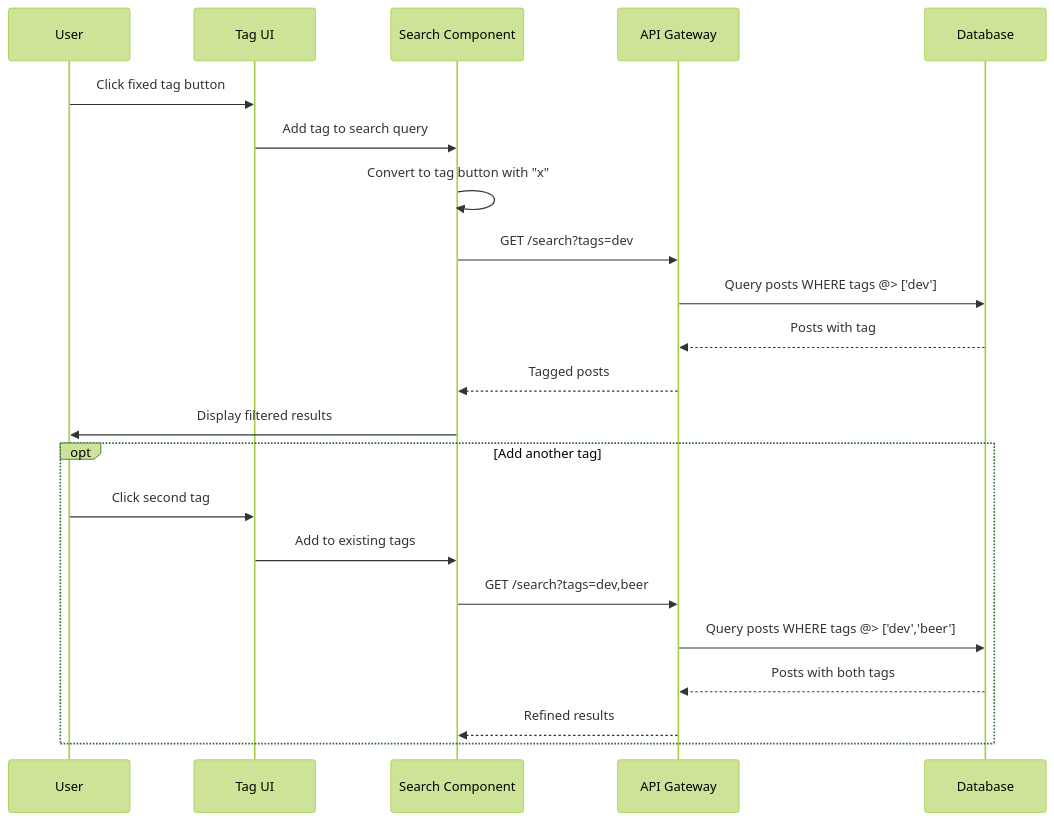
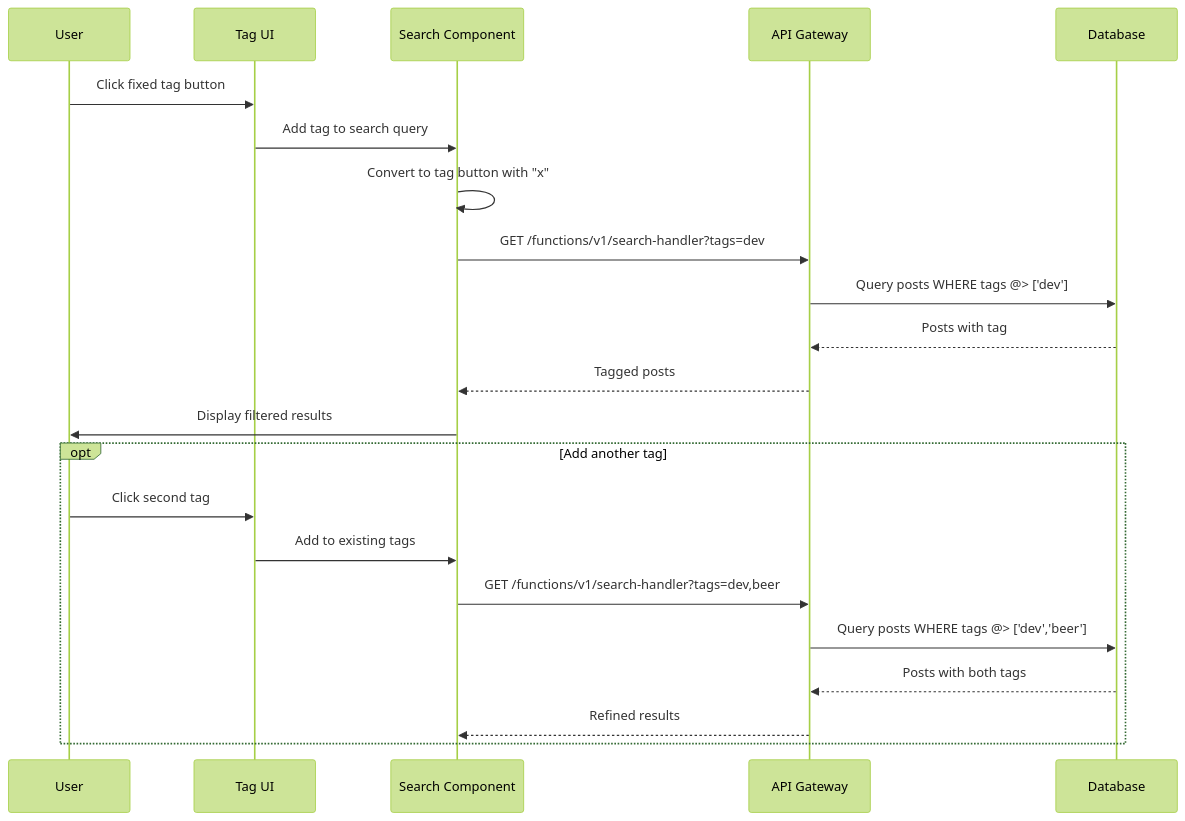
One commit to jkjan/nowhereland changed the second of 4 diagrams in prd/04-search-discovery.md. Above: the diagram before and after it, drawn with Mermaid (forest theme). The commit also changed other lines of this file and 18 other files, not shown here.

````diff
--- a/prd/04-search-discovery.md
+++ b/prd/04-search-discovery.md
@@ -137,27 +137,27 @@
 ```mermaid
 sequenceDiagram
     participant U as User
     participant UI as Tag UI
     participant SEARCH as Search Component
     participant API as API Gateway
     participant DB as Database
     
     U->>UI: Click fixed tag button
     UI->>SEARCH: Add tag to search query
     SEARCH->>SEARCH: Convert to tag button with "x"
-    SEARCH->>API: GET /search?tags=dev
+    SEARCH->>API: GET /functions/v1/search-handler?tags=dev
     
     API->>DB: Query posts WHERE tags @> ['dev']
     DB-->>API: Posts with tag
     API-->>SEARCH: Tagged posts
     SEARCH->>U: Display filtered results
     
     opt Add another tag
         U->>UI: Click second tag
         UI->>SEARCH: Add to existing tags
-        SEARCH->>API: GET /search?tags=dev,beer
+        SEARCH->>API: GET /functions/v1/search-handler?tags=dev,beer
         API->>DB: Query posts WHERE tags @> ['dev','beer']
         DB-->>API: Posts with both tags
         API-->>SEARCH: Refined results
     end
 ```
````
